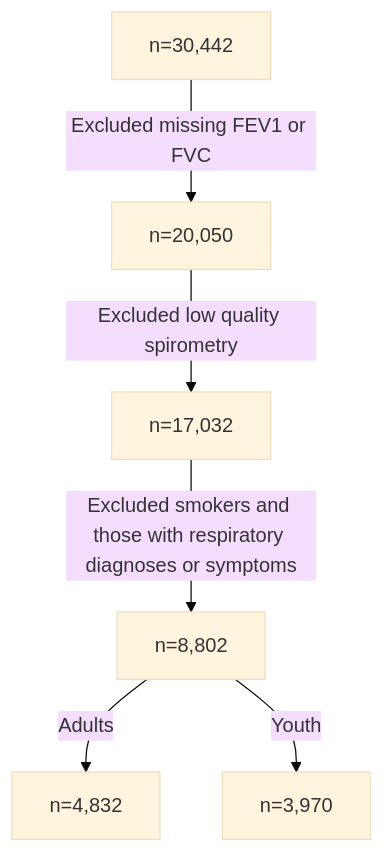
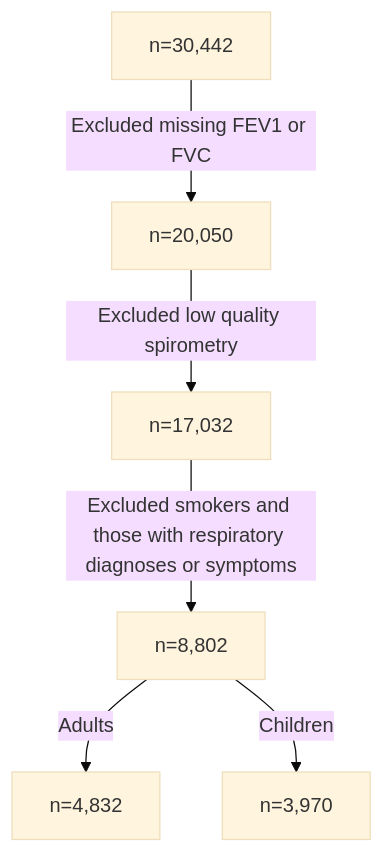
One commit to aminadibi/who-is-healthy-anyways changed the first of 2 diagrams in who-is-healthy-anyways.qmd. Above: the diagram before and after it, drawn with Mermaid (base theme). The commit also changed other lines of this file, not shown here.

Commit message:
youth are now children

````diff
--- a/who-is-healthy-anyways.qmd
+++ b/who-is-healthy-anyways.qmd
@@ -716,11 +718,11 @@
 ```{mermaid, include=T}
 %%| label: fig-flowchart
 %%| fig-cap: Flow of participants
 flowchart TD
     B[n=30,442] -- Excluded missing FEV1 or FVC --> C[n=20,050]
     C -- Excluded low quality spirometry --> E[n=17,032]
     E -- Excluded smokers and those with respiratory diagnoses or symptoms --> F[n=8,802]
     F -- Adults --> A0[n=4,832]
-    F -- Youth  --> Y0[n=3,970]
+    F -- Children  --> Y0[n=3,970]
 
 ```
````
